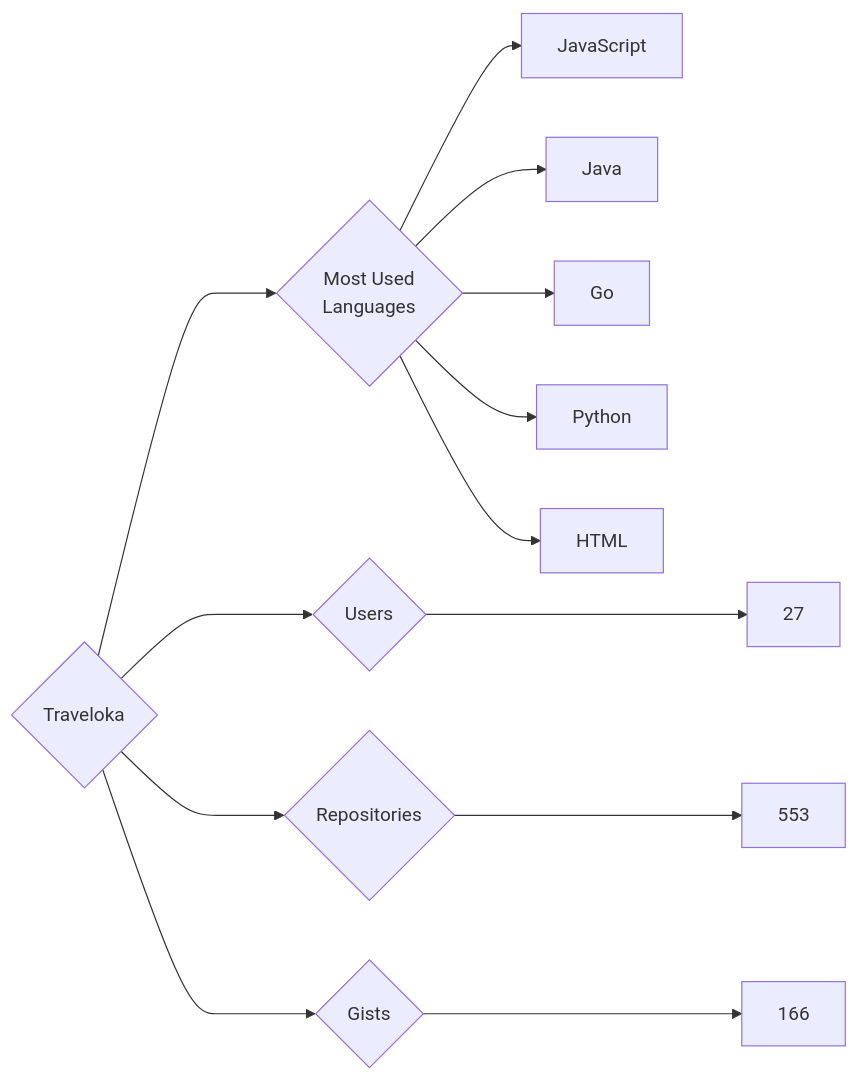
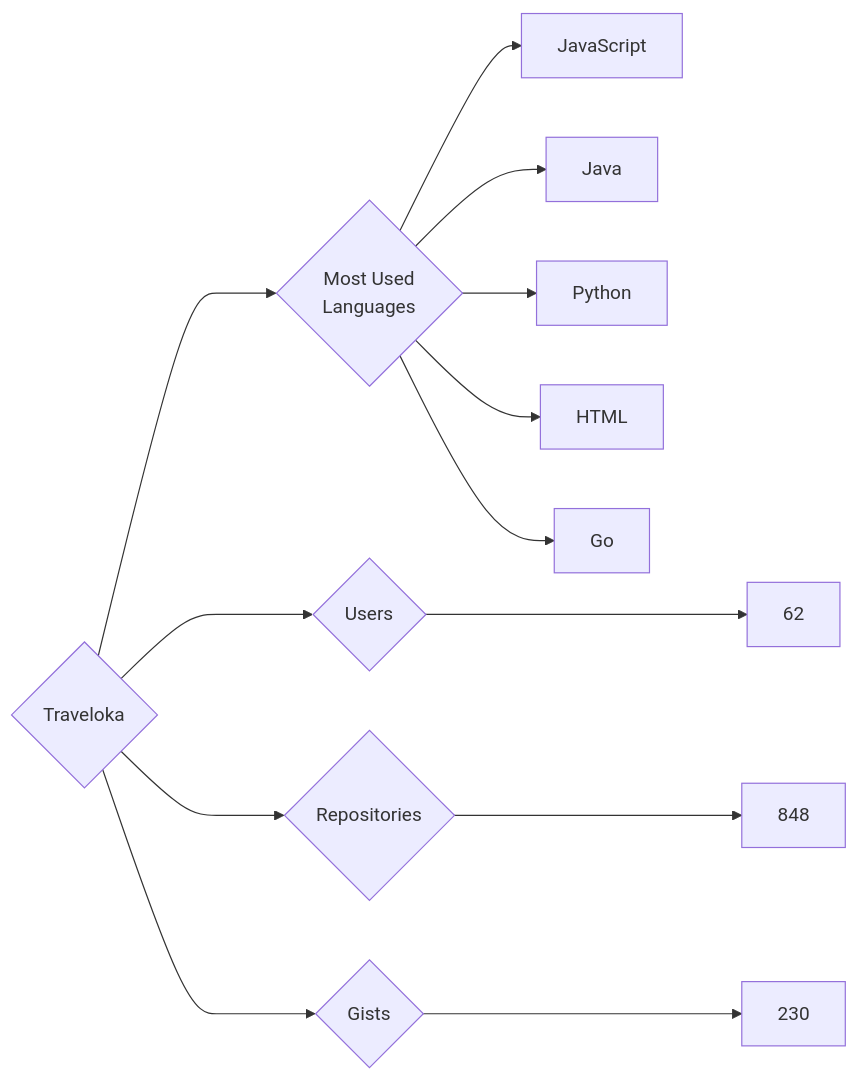
Before and after one commit to trickest/insiders: the diagram in targets/Traveloka/README.md, drawn with Mermaid. The commit also changed 814 other files, not shown here.

````diff
--- a/targets/Traveloka/README.md
+++ b/targets/Traveloka/README.md
@@ -3,13 +3,13 @@
 ```mermaid
 graph LR
 COMPANY_NAME{Traveloka}
-COMPANY_NAME ---> U{Users} ---> UN[27]
-COMPANY_NAME ---> R{Repositories} ---> RN[553]
-COMPANY_NAME ---> G{Gists} ---> GN[166]
+COMPANY_NAME ---> U{Users} ---> UN[62]
+COMPANY_NAME ---> R{Repositories} ---> RN[848]
+COMPANY_NAME ---> G{Gists} ---> GN[230]
 COMPANY_NAME ---> ML{Most Used<br>Languages}
 ML --> JavaScript[JavaScript]
 ML --> Java[Java]
-ML --> Go[Go]
 ML --> Python[Python]
 ML --> HTML[HTML]
+ML --> Go[Go]
 ```
````
